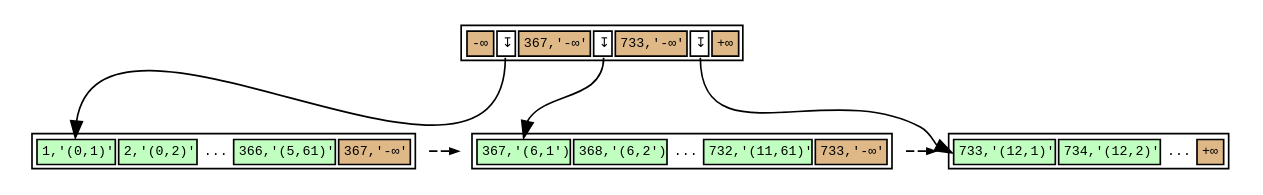
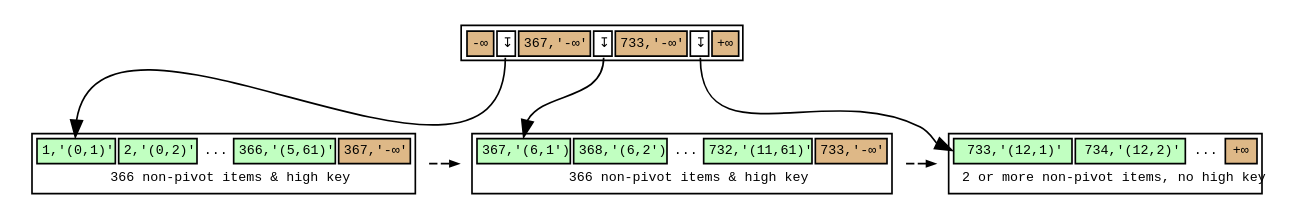
The diagram in postgres-real-btree.dot (petergeoghegan/pg_query_internals), drawn with Graphviz before and after one commit.

Commit message:
Add more realistic B-Tree

```diff
--- a/postgres-real-btree.dot
+++ b/postgres-real-btree.dot
@@ -1,79 +1,88 @@
 // Example B-Tree graph
 //
 // Breadth-first order
 //
 // Start from root, go left to right
 //
 // Workflow:
 //
 // $ dot -T svg btree.dot -o btree.svg;
 
 digraph nbtree {
 graph [fontname = "monospace"];
 node [shape = none,height=.1,fontname = "monospace",fontsize=8];
 // Level 1 (root level)
 // Downlinks + highkey:
 rootnode[ label=<<table>
                     <tr>
                         <td bgcolor='burlywood' port="s0">-&infin;</td>
                         <td bgcolor='white' port="d0">&#8615;</td>
                         <td bgcolor='burlywood' port="s1">367,'-&infin;'</td>
                         <td bgcolor='white' port="d1">&#8615;</td>
                         <td bgcolor='burlywood' port="s2">733,'-&infin;'</td>
                         <td bgcolor='white' port="d2">&#8615;</td>
                         <td bgcolor='burlywood' port="hk">+&infin;</td>
                     </tr>
                 </table>
                >
         ];
 // Downlink arrows to children:
 "rootnode":d0 -> "leafnode_1":t0
 "rootnode":d1 -> "leafnode_2":t0
 "rootnode":d2 -> "leafnode_3":t0
 
 // sibling pointer:
 // (None)
 
 
 // Level 0 (leaf level)
 leafnode_1[ label=<<table>
                     <tr>
                         <td bgcolor='darkseagreen1' port="t0">1,'(0,1)'</td>
                         <td bgcolor='darkseagreen1' port="t1">2,'(0,2)'</td>
                         <td border="0" bgcolor='white' port="t2">...</td>
                         <td bgcolor='darkseagreen1' port="t1">366,'(5,61)'</td>
                         <td bgcolor='burlywood' port="hk">367,'-&infin;'</td>
                     </tr>
+                    <tr>
+                        <td colspan="5" border="0" bgcolor='white'>366 non-pivot items &amp; high key</td>
+                    </tr>
                 </table>
                >
         ];
 // sibling pointer:
 "leafnode_1" -> "leafnode_2"[constraint=false,color=black,style=dashed,arrowsize=0.5]
 leafnode_2[ label=<<table>
                     <tr>
                         <td bgcolor='darkseagreen1' port="t0">367,'(6,1')</td>
                         <td bgcolor='darkseagreen1' port="t1">368,'(6,2')</td>
                         <td border="0" bgcolor='white' port="t2">...</td>
                         <td bgcolor='darkseagreen1' port="t1">732,'(11,61)'</td>
                         <td bgcolor='burlywood' port="hk">733,'-&infin;'</td>
                     </tr>
+                    <tr>
+                        <td colspan="5" border="0" bgcolor='white'>366 non-pivot items &amp; high key</td>
+                    </tr>
                 </table>
                >
         ];
 // sibling pointer:
 "leafnode_2" -> "leafnode_3"[constraint=false,color=black,style=dashed,arrowsize=0.5]
 leafnode_3[ label=<<table>
                     <tr>
                         <td bgcolor='darkseagreen1' port="t0">733,'(12,1)'</td>
                         <td bgcolor='darkseagreen1' port="t1">734,'(12,2)'</td>
                         <td border="0" bgcolor='white' port="t2">...</td>
                         <td bgcolor='burlywood' port="hk">+&infin;</td>
                     </tr>
+                    <tr>
+                        <td colspan="4" border="0" bgcolor='white'>2 or more non-pivot items, no high key</td>
+                    </tr>
                 </table>
                >
         ];
 
 //Force alignment from root to internal to leaf levels:
 edge[style=invis];
 "rootnode":d1 -> "leafnode_2":t2
 }
```
